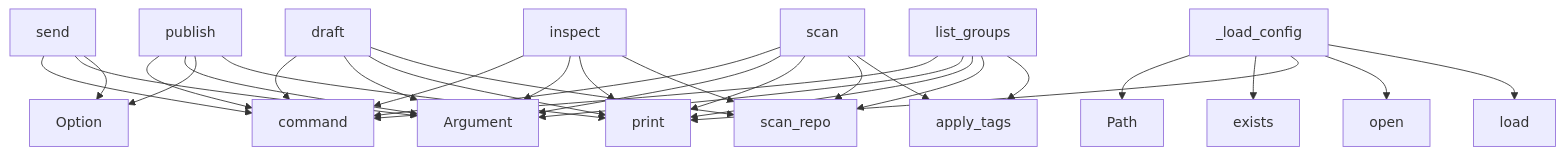
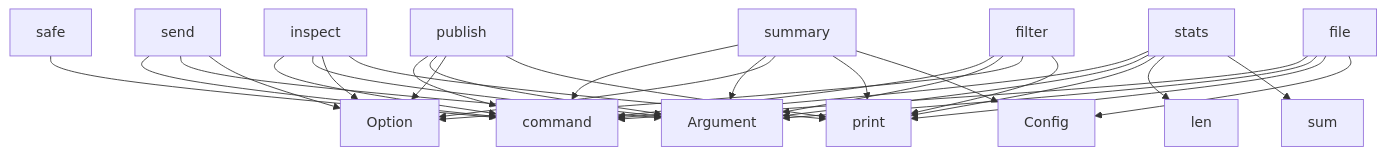
One commit to semcod/tagi changed the diagram in project/context.md. Above: the diagram before and after it, drawn with Mermaid. The commit also changed other lines of this file and 2 other files, not shown here.

````diff
--- a/project/context.md
+++ b/project/context.md
@@ -223,33 +411,33 @@
 ```mermaid
 graph TD
+    summary --> command
+    summary --> Argument
+    summary --> Option
+    summary --> print
+    summary --> Config
+    stats --> command
+    stats --> Argument
+    stats --> print
+    stats --> len
+    stats --> sum
+    inspect --> command
+    inspect --> Argument
+    inspect --> Option
+    inspect --> print
     publish --> command
     publish --> Argument
     publish --> Option
     publish --> print
     send --> command
     send --> Argument
     send --> Option
-    draft --> command
-    draft --> Argument
-    draft --> print
-    draft --> scan_repo
-    scan --> command
-    scan --> Argument
-    scan --> print
-    scan --> scan_repo
-    scan --> apply_tags
-    inspect --> command
-    inspect --> Argument
-    inspect --> print
-    inspect --> scan_repo
-    list_groups --> command
-    list_groups --> Argument
-    list_groups --> print
-    list_groups --> scan_repo
-    list_groups --> apply_tags
-    _load_config --> Path
-    _load_config --> exists
-    _load_config --> print
-    _load_config --> open
-    _load_config --> load
+    filter --> command
+    filter --> Argument
+    filter --> Option
+    filter --> print
+    file --> command
+    file --> Argument
+    file --> print
+    file --> Config
+    safe --> command
 ```
````
